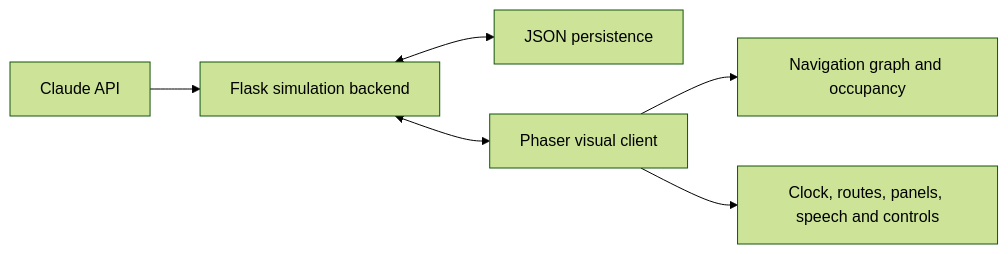
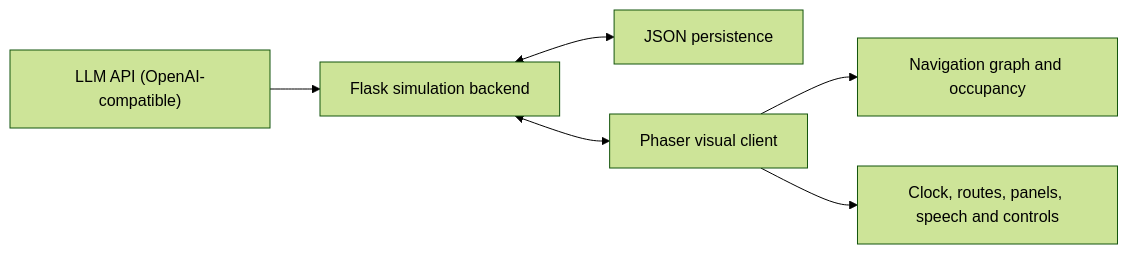
The diagram in README.md (aoaoguo2003/valentown), drawn with Mermaid (forest theme) before and after one commit. The commit also changed other lines of this file and 13 other files, not shown here.

````diff
--- a/README.md
+++ b/README.md
@@ -36,8 +53,8 @@
 ```mermaid
 flowchart LR
-    C["Claude API"] --> B["Flask simulation backend"]
+    L["LLM API (OpenAI-compatible)"] --> B["Flask simulation backend"]
     B <--> P["JSON persistence"]
     B <--> F["Phaser visual client"]
     F --> N["Navigation graph and occupancy"]
     F --> U["Clock, routes, panels, speech and controls"]
 ```
````
